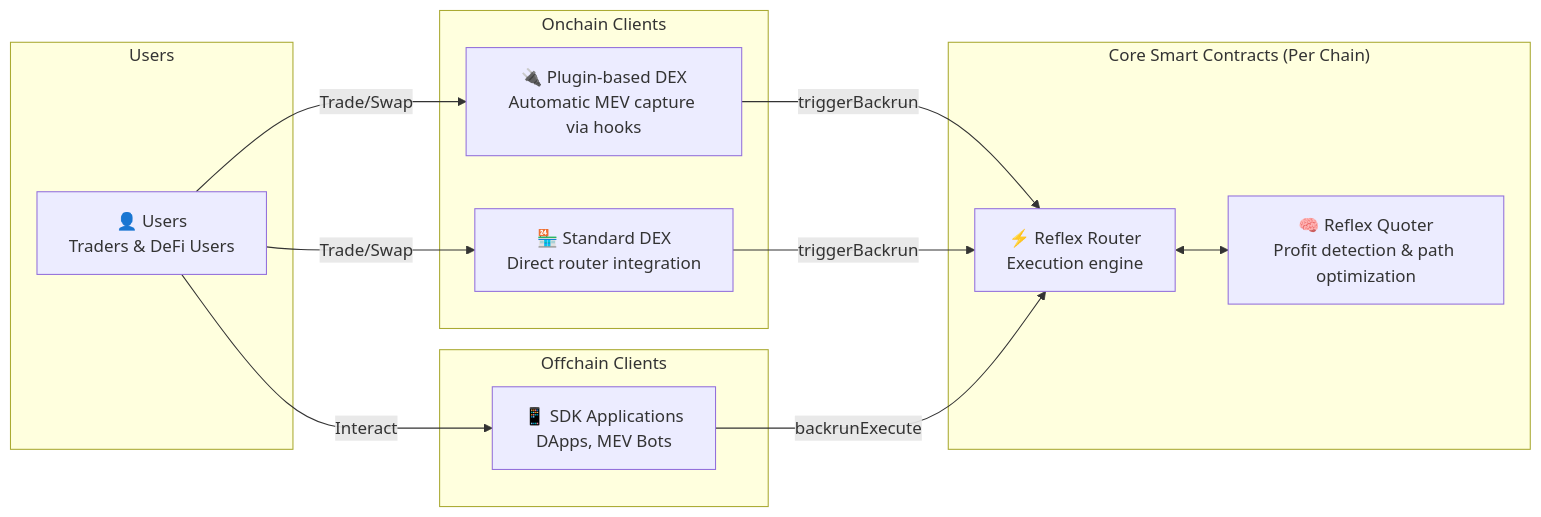
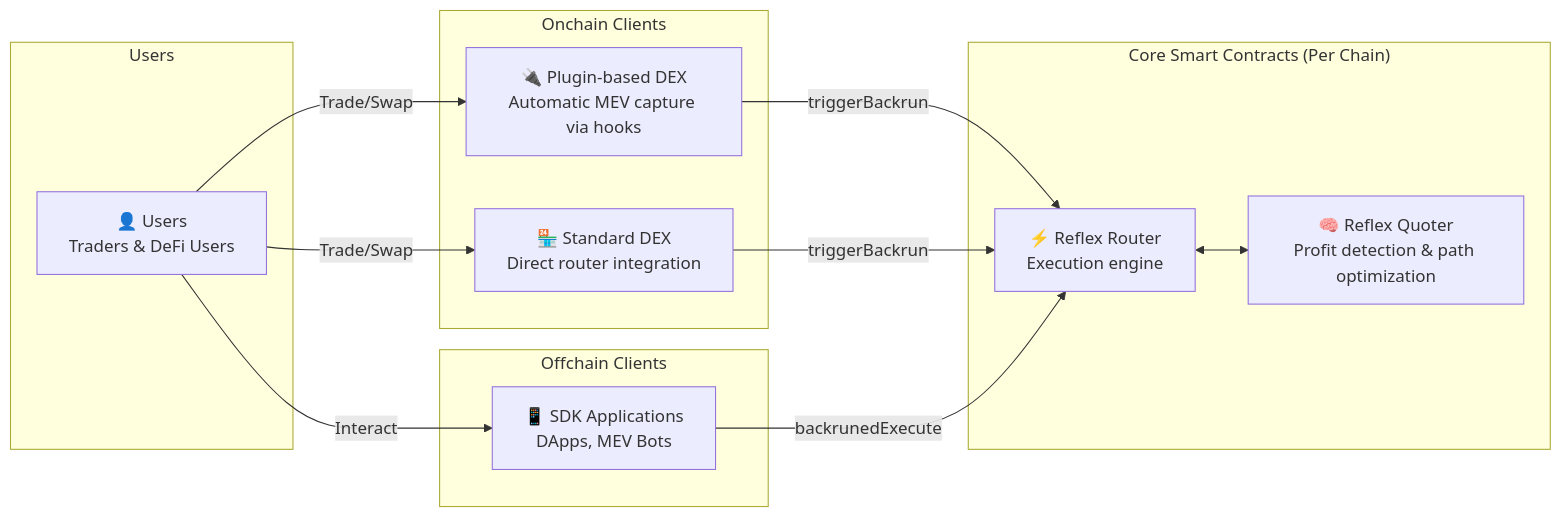
The first of 5 diagrams in website/docs/architecture.md (reflex-mev/reflex), drawn with Mermaid before and after one commit. The commit also changed other lines of this file, not shown here.

Commit message:
fixed tx flow graph

````diff
--- a/website/docs/architecture.md
+++ b/website/docs/architecture.md
@@ -17,31 +17,31 @@
 ```mermaid
 graph LR
     subgraph "Users"
         UserGroup[👤 Users<br/>Traders & DeFi Users]
     end
 
     subgraph "Core Smart Contracts (Per Chain)"
         Router[⚡ Reflex Router<br/>Execution engine]
         Quoter[🧠 Reflex Quoter<br/>Profit detection & path optimization]
         Router <--> Quoter
     end
 
     subgraph "Onchain Clients"
         PluginDEX[🔌 Plugin-based DEX<br/>Automatic MEV capture via hooks]
         RegularDEX[🏪 Standard DEX<br/>Direct router integration]
     end
 
     subgraph "Offchain Clients"
         SDKApps[📱 SDK Applications<br/>DApps, MEV Bots]
     end
 
     %% User transactions trigger MEV opportunities
     UserGroup -->|Trade/Swap| PluginDEX
     UserGroup -->|Trade/Swap| RegularDEX
     UserGroup -->|Interact| SDKApps
 
     %% Client connections to core contracts
     PluginDEX -->|triggerBackrun| Router
     RegularDEX -->|triggerBackrun| Router
-    SDKApps -->|backrunExecute| Router
+    SDKApps -->|backrunedExecute| Router
 ```
````
